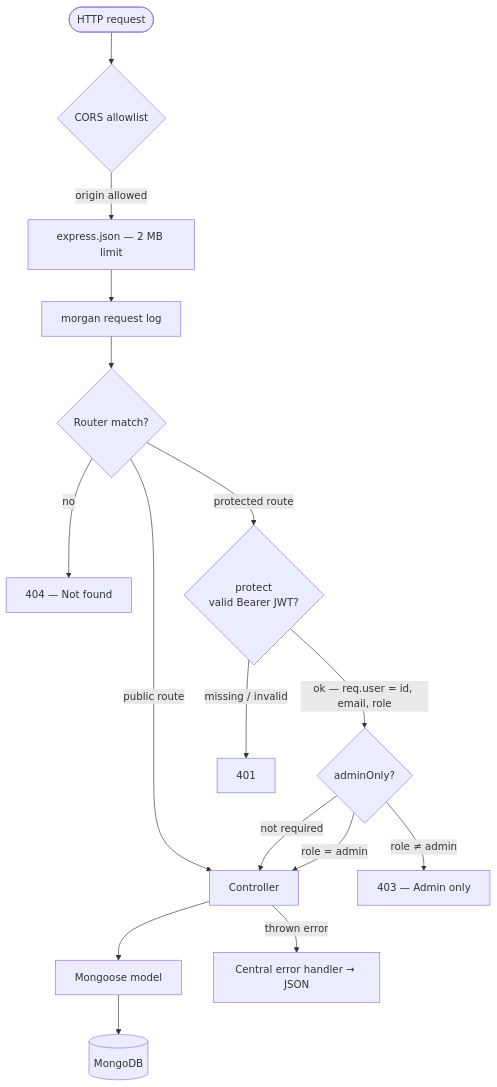
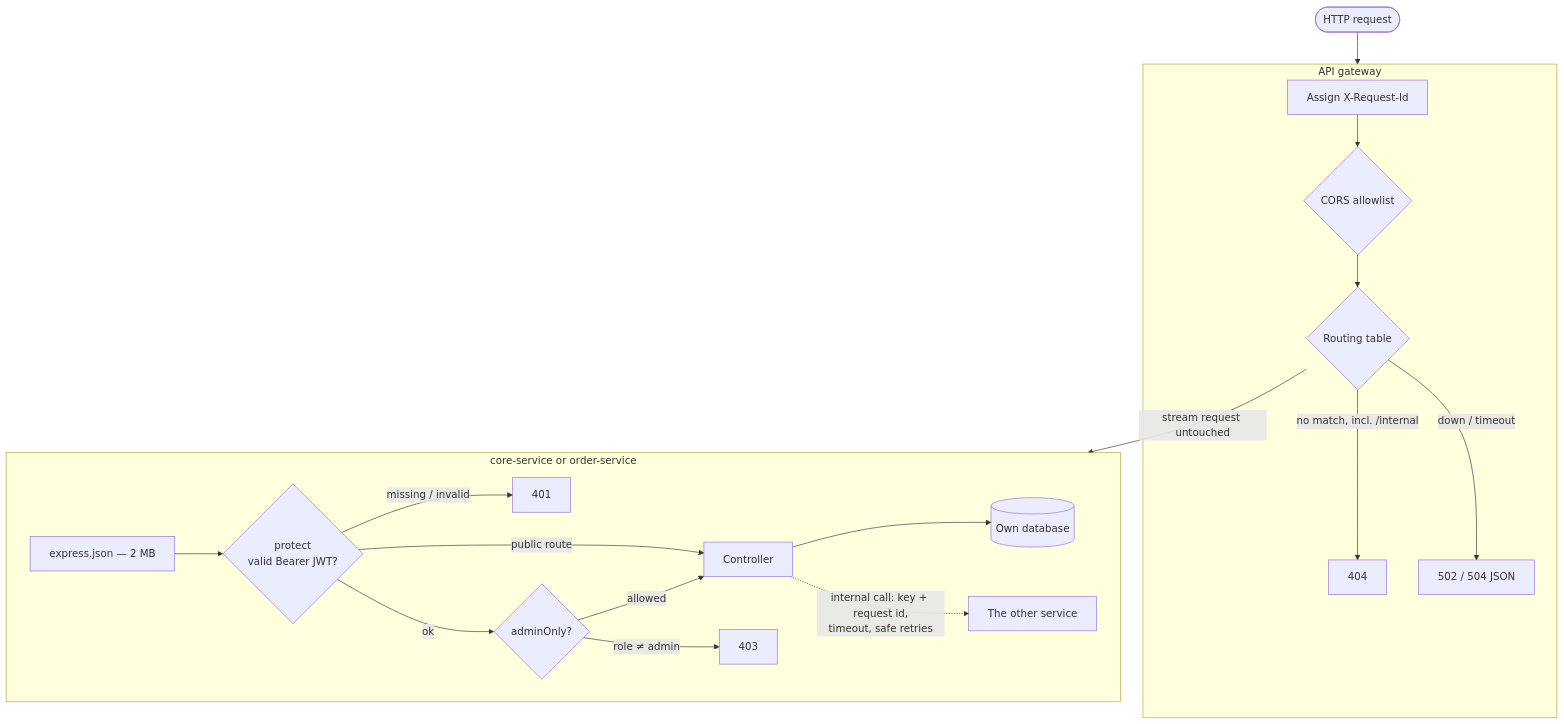
The second of 13 diagrams in README.md (abuiron/looksmatter_bc), drawn with Mermaid before and after one commit. The commit also changed other lines of this file and 26 other files, not shown here.

````diff
--- a/README.md
+++ b/README.md
@@ -99,18 +122,21 @@
 ```mermaid
 flowchart TD
-    REQ([HTTP request]) --> CORS{CORS allowlist}
-    CORS -->|origin allowed| JSON[express.json — 2 MB limit]
-    JSON --> LOG[morgan request log]
-    LOG --> ROUTE{Router match?}
-    ROUTE -->|no| E404[404 — Not found]
-    ROUTE -->|public route| CTRL[Controller]
-    ROUTE -->|protected route| JWT{protect<br/>valid Bearer JWT?}
-    JWT -->|missing / invalid| E401[401]
-    JWT -->|ok — req.user = id, email, role| ROLE{adminOnly?}
-    ROLE -->|not required| CTRL
-    ROLE -->|role = admin| CTRL
-    ROLE -->|role ≠ admin| E403[403 — Admin only]
-    CTRL --> MODEL[Mongoose model]
-    MODEL --> DB[(MongoDB)]
-    CTRL -->|thrown error| EH[Central error handler → JSON]
+    REQ([HTTP request]) --> GW
+    subgraph GW["API gateway"]
+        RID[Assign X-Request-Id] --> CORS{CORS allowlist}
+        CORS --> RT{Routing table}
+        RT -->|no match, incl. /internal| G404[404]
+        RT -->|"down / timeout"| G50X["502 / 504 JSON"]
+    end
+    RT -->|stream request untouched| SVC
+    subgraph SVC["core-service or order-service"]
+        JSON["express.json — 2 MB"] --> AUTHN{"protect<br/>valid Bearer JWT?"}
+        AUTHN -->|public route| CTRL[Controller]
+        AUTHN -->|missing / invalid| E401[401]
+        AUTHN -->|ok| ROLE{adminOnly?}
+        ROLE -->|allowed| CTRL
+        ROLE -->|role ≠ admin| E403[403]
+        CTRL --> DB[(Own database)]
+        CTRL -.->|"internal call: key + request id,<br/>timeout, safe retries"| OTHER[The other service]
+    end
 ```
````
